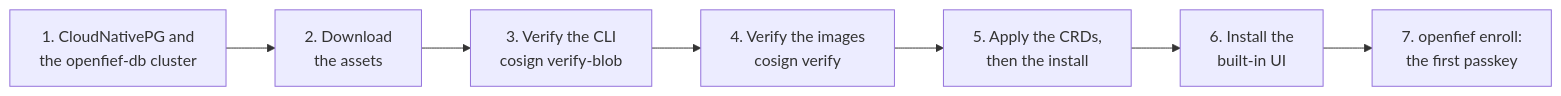
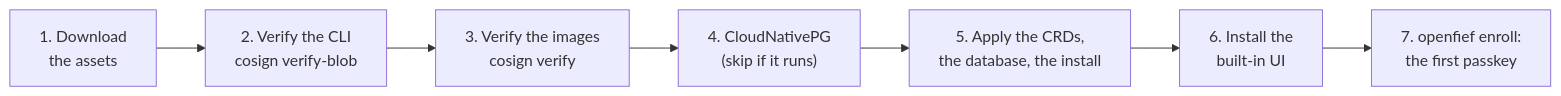
Before and after one commit to arkadiuss/openfief: the diagram in docs/guides/install.md, drawn with Mermaid. The commit also changed other lines of this file and 109 other files, not shown here.

````diff
--- a/docs/guides/install.md
+++ b/docs/guides/install.md
@@ -24,9 +26,9 @@
 ```mermaid
 flowchart LR
-  db["1. CloudNativePG and<br/>the openfief-db cluster"] --> dl["2. Download<br/>the assets"]
-  dl --> vc["3. Verify the CLI<br/>cosign verify-blob"]
-  vc --> vi["4. Verify the images<br/>cosign verify"]
-  vi --> ap["5. Apply the CRDs,<br/>then the install"]
+  dl["1. Download<br/>the assets"] --> vc["2. Verify the CLI<br/>cosign verify-blob"]
+  vc --> vi["3. Verify the images<br/>cosign verify"]
+  vi --> db["4. CloudNativePG<br/>(skip if it runs)"]
+  db --> ap["5. Apply the CRDs,<br/>the database, the install"]
   ap --> ui["6. Install the<br/>built-in UI"]
   ui --> en["7. openfief enroll:<br/>the first passkey"]
 ```
````
